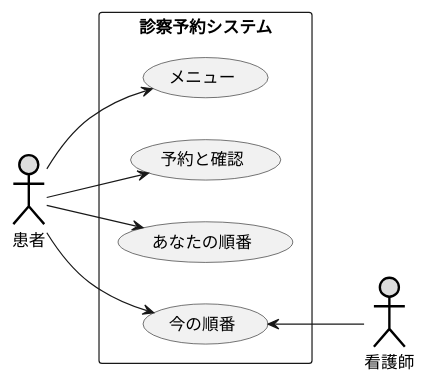
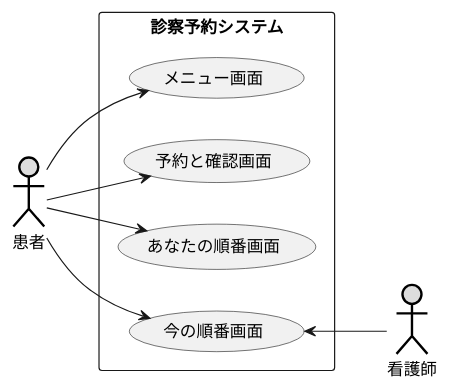
The diagram in 演習6-3_ユースケース図_診察予約システム.pu (Tomok1w/uml-introduction), drawn with PlantUML before and after one commit.

```diff
--- a/演習6-3_ユースケース図_診察予約システム.pu
+++ b/演習6-3_ユースケース図_診察予約システム.pu
@@ -1,16 +1,17 @@
 @startuml 演習６－３
 left to right direction
 actor 患者 as user#DDDDDD;line:black;line.bold;
 actor 看護師 as kango#DDDDDD;line:black;line.bold;
 rectangle 診察予約システム {
-    usecase メニュー
-    usecase 予約と確認
-    usecase あなたの順番
-    usecase 今の順番
+    usecase メニュー画面
+    usecase 予約と確認画面
+    usecase あなたの順番画面
+    usecase 今の順番画面
 }
-user --> メニュー
-user --> 予約と確認
-user --> あなたの順番
-user --> 今の順番
-今の順番 <-- kango
+user --> メニュー画面
+user --> 予約と確認画面
+user --> あなたの順番画面
+user --> 今の順番画面
+今の順番画面 <-- kango
+
 @enduml
```
